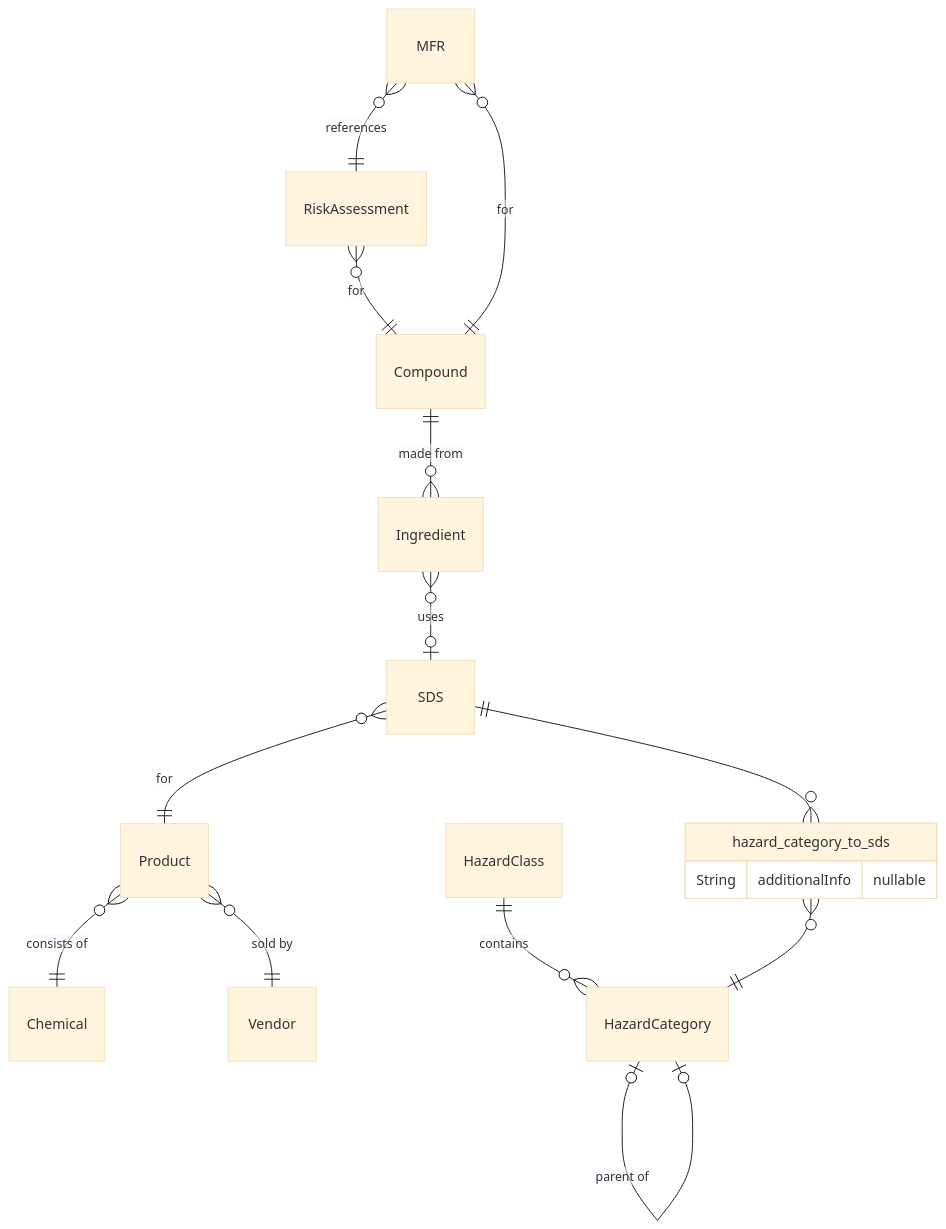
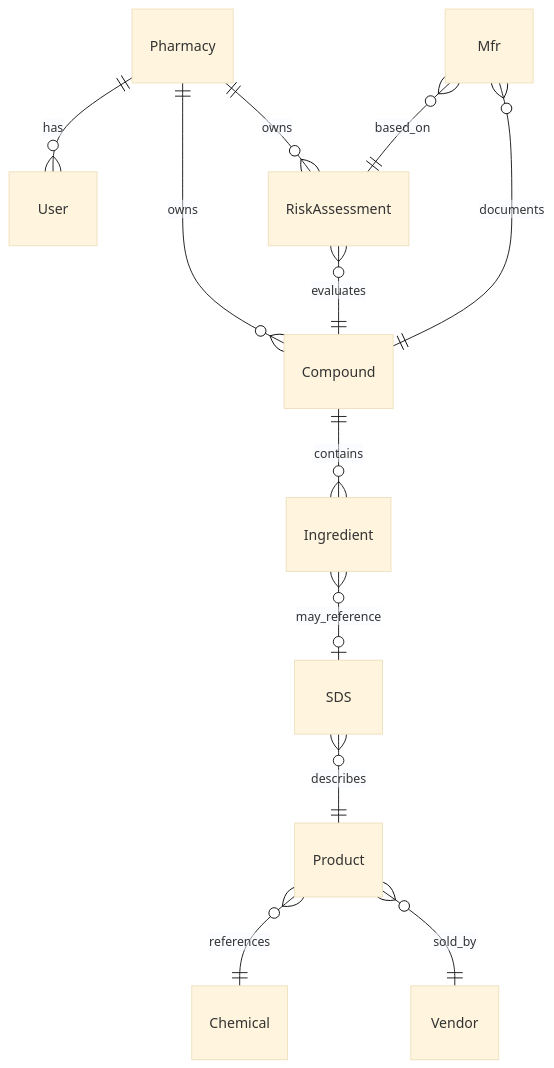
The second of 2 diagrams in README.md (mmtandoc/compounding-helper), drawn with Mermaid (base theme) before and after one commit. The commit also changed other lines of this file and 4 other files, not shown here.

````diff
--- a/README.md
+++ b/README.md
@@ -9,18 +76,15 @@
 ```mermaid
 erDiagram
-    RiskAssessment }o--|| Compound : "for"
-    MFR }o--|| Compound : "for"
-    MFR }o--|| RiskAssessment : "references"
-    Compound ||--o{ Ingredient : "made from"
-    Ingredient }o--o| SDS : "uses"
-    Product }o--|| Chemical : "consists of"
-    Product }o--|| Vendor : "sold by"
-    SDS }o--|| Product : "for"
-    HazardClass ||--o{ HazardCategory : "contains"
-    HazardCategory |o--o| HazardCategory : "parent of"
-    SDS ||--o{ hazard_category_to_sds : ""
-    hazard_category_to_sds {
-        String additionalInfo  "nullable"
-    }
-    hazard_category_to_sds }o--|| HazardCategory : ""
+    Pharmacy ||--o{ User : has
+    Pharmacy ||--o{ Compound : owns
+    Pharmacy ||--o{ RiskAssessment : owns
+
+    Product }o--|| Chemical : references
+    Product }o--|| Vendor : sold_by
+    SDS }o--|| Product : describes
+    Compound ||--o{ Ingredient : contains
+    Ingredient }o--o| SDS : may_reference
+    RiskAssessment }o--|| Compound : evaluates
+    Mfr }o--|| RiskAssessment : based_on
+    Mfr }o--|| Compound : documents
 ```
````
